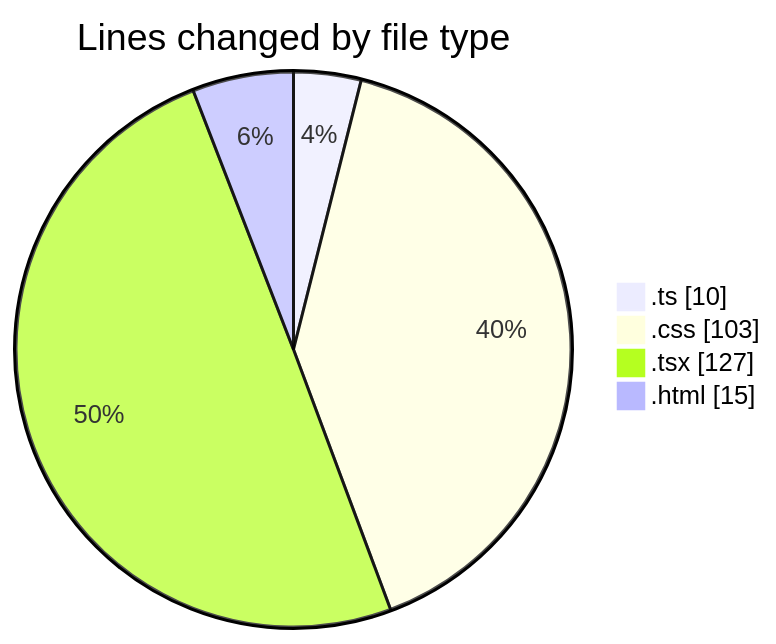
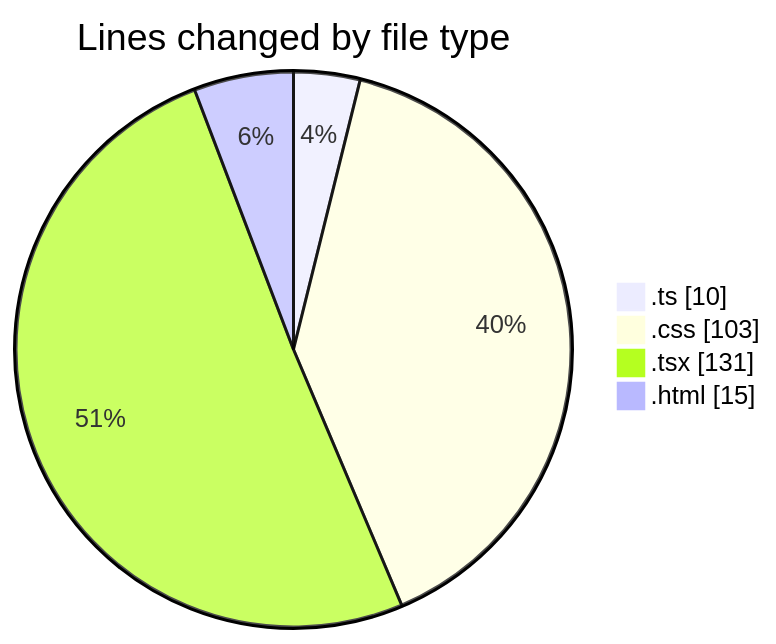
Before and after one commit to EIIisD/code-tracking: the first of 2 diagrams in 2025-07-31/tw-server/README.md, drawn with Mermaid. The commit also changed other lines of this file and 1 other file, not shown here.

````diff
--- a/2025-07-31/tw-server/README.md
+++ b/2025-07-31/tw-server/README.md
@@ -25,8 +25,8 @@
 ```mermaid
 pie showData
 title Lines changed by file type
 ".ts" : 10
 ".css" : 103
-".tsx" : 127
+".tsx" : 131
 ".html" : 15
 ```
````
